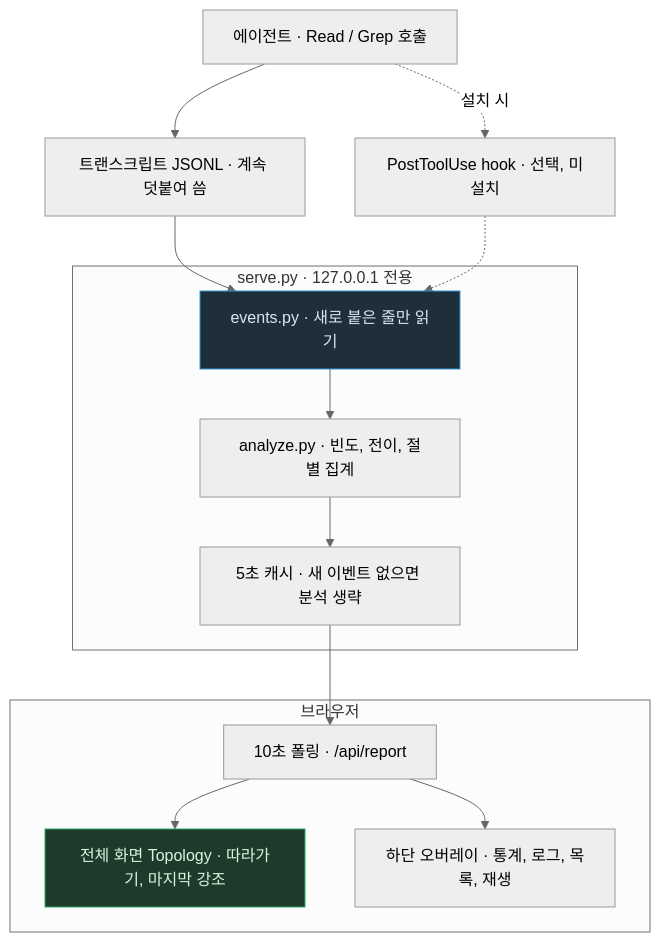
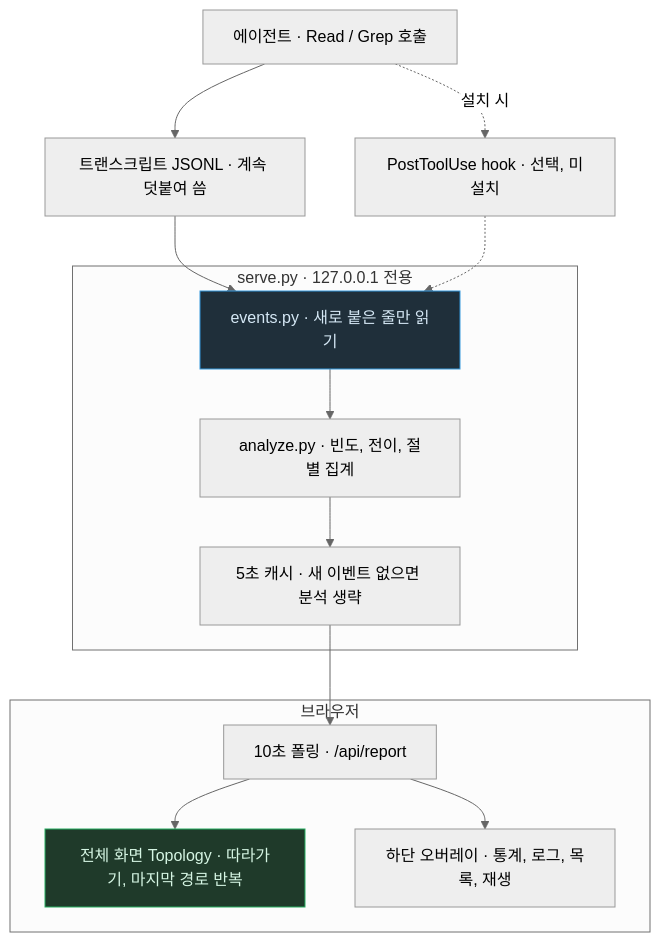
One commit to noble-shake/StudyProject changed the diagram in ComputerScience/Architecture/DevelopPrompt-Analytics.flow.md. Above: the diagram before and after it, drawn with Mermaid (neutral theme). The commit also changed 1 other file, not shown here.

Commit message:
📝[Docs]: 애널리틱스 교재에 마지막 경로 반복 재생과 패킷 경로 정렬을 더한다

````diff
--- a/ComputerScience/Architecture/DevelopPrompt-Analytics.flow.md
+++ b/ComputerScience/Architecture/DevelopPrompt-Analytics.flow.md
@@ -7,37 +7,37 @@
 ```mermaid
 flowchart TD
     %% ── 수집 ────────────────────────────
     AG["에이전트 · Read / Grep 호출"]
     TR["트랜스크립트 JSONL · 계속 덧붙여 씀"]
     HK["PostToolUse hook · 선택, 미설치"]
 
     %% ── 서버 프로세스 ───────────────────
     subgraph SRV["serve.py · 127.0.0.1 전용"]
         EV["events.py · 새로 붙은 줄만 읽기"]
         AN["analyze.py · 빈도, 전이, 절별 집계"]
         CA["5초 캐시 · 새 이벤트 없으면 분석 생략"]
     end
 
     %% ── 브라우저 ───────────────────────
     subgraph WEB["브라우저"]
         PL["10초 폴링 · /api/report"]
-        TP["전체 화면 Topology · 따라가기, 마지막 강조"]
+        TP["전체 화면 Topology · 따라가기, 마지막 경로 반복"]
         OV["하단 오버레이 · 통계, 로그, 목록, 재생"]
     end
 
     %% ── 관계 ────────────────────────────
     AG --> TR
     AG -.->|"설치 시"| HK
     TR --> EV
     HK -.-> EV
     EV --> AN --> CA
     CA --> PL
     PL --> TP
     PL --> OV
 
     %% ── 스타일 ──────────────────────────
     classDef hi fill:#1f2f3a,stroke:#3498db,color:#d5e8f5
     classDef good fill:#1f3a2a,stroke:#27ae60,color:#d5f5e3
     class EV hi
     class TP good
 ```
````
